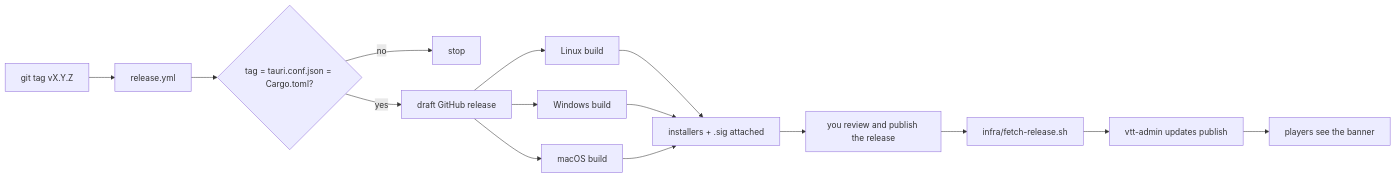
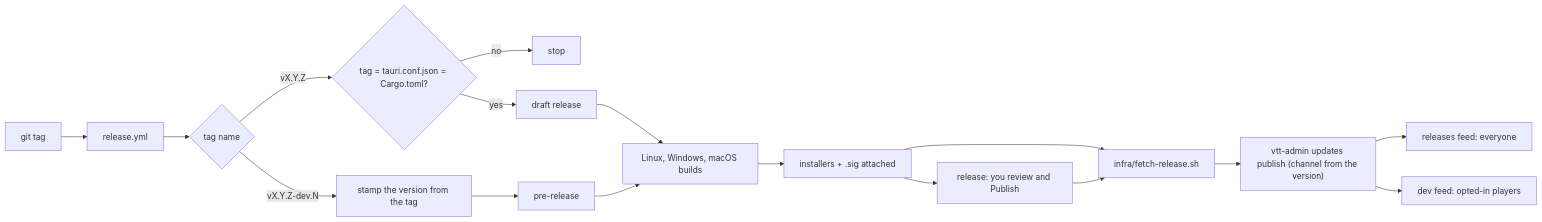
One commit to AndyProsser/vtt-chat-app changed the diagram in docs/guides/RELEASING.md. Above: the diagram before and after it, drawn with Mermaid. The commit also changed other lines of this file and 16 other files, not shown here.

Commit message:
feat(release): release and dev-build channels, chosen by the tag name; the updater follows releases unless opted in to dev builds

````diff
--- a/docs/guides/RELEASING.md
+++ b/docs/guides/RELEASING.md
@@ -7,15 +21,18 @@
 ```mermaid
 flowchart LR
-  T[git tag vX.Y.Z] --> W[release.yml]
-  W --> C{tag = tauri.conf.json = Cargo.toml?}
-  C -- no --> X[stop]
-  C -- yes --> D[draft GitHub release]
-  D --> L[Linux build]
-  D --> N[Windows build]
-  D --> M[macOS build]
-  L & N & M --> A[installers + .sig attached]
-  A --> O[you review and publish the release]
-  O --> F[infra/fetch-release.sh]
-  F --> P[vtt-admin updates publish]
-  P --> Pl[players see the banner]
+  T[git tag] --> W[release.yml]
+  W --> K{tag name}
+  K -- "vX.Y.Z" --> V{tag = tauri.conf.json = Cargo.toml?}
+  V -- no --> X[stop]
+  V -- yes --> D[draft release]
+  K -- "vX.Y.Z-dev.N" --> S[stamp the version from the tag]
+  S --> PR[pre-release]
+  D & PR --> B[Linux, Windows, macOS builds]
+  B --> A[installers + .sig attached]
+  A --> O[release: you review and Publish]
+  A --> F[infra/fetch-release.sh]
+  O --> F
+  F --> P["vtt-admin updates publish (channel from the version)"]
+  P --> R[releases feed: everyone]
+  P --> Dv[dev feed: opted-in players]
 ```
````
